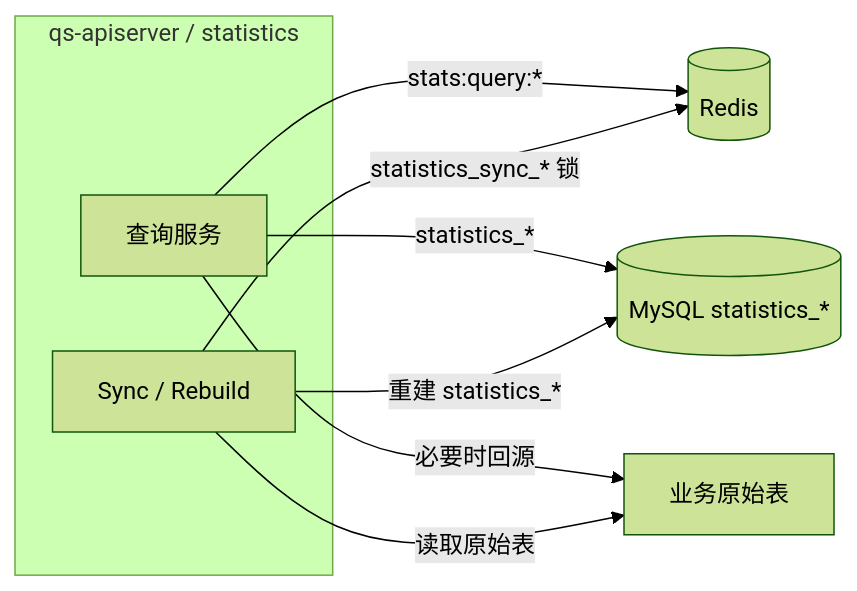
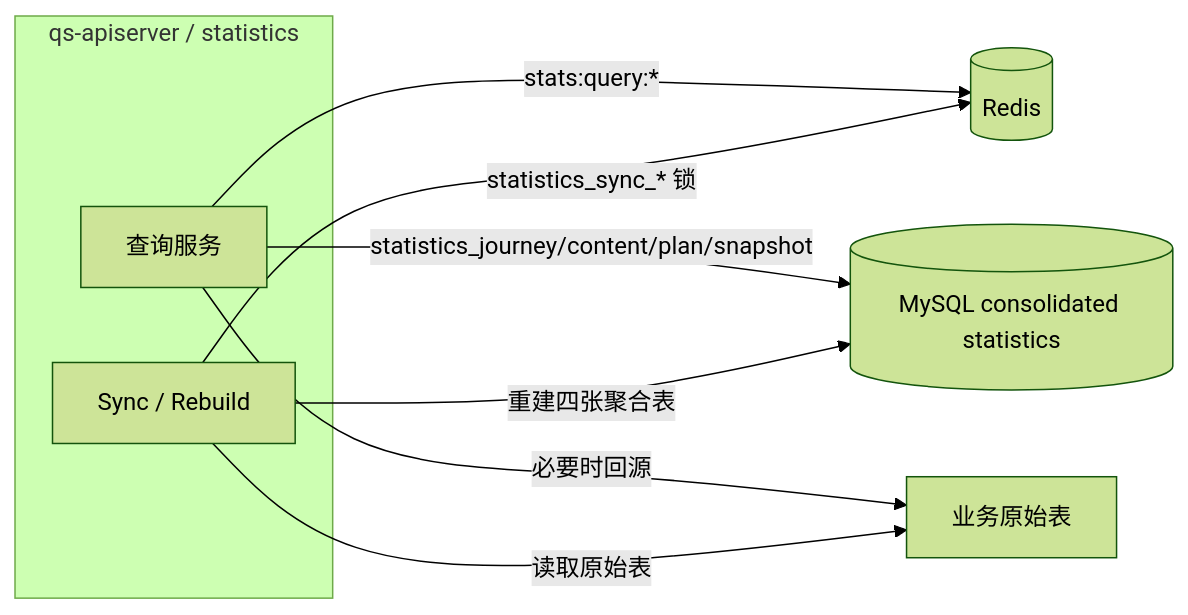
One commit to FangcunMount/qs-server changed the diagram in docs/02-业务模块/06-statistics.md. Above: the diagram before and after it, drawn with Mermaid (forest theme). The commit also changed other lines of this file and 28 other files, not shown here.

````diff
--- a/docs/02-业务模块/06-statistics.md
+++ b/docs/02-业务模块/06-statistics.md
@@ -64,18 +64,18 @@
 ```mermaid
 flowchart LR
     Redis[(Redis)]
-    MySQL[(MySQL statistics_*)]
+    MySQL[(MySQL consolidated statistics)]
     Raw["业务原始表"]
 
     subgraph API["qs-apiserver / statistics"]
         Query["查询服务"]
         Sync["Sync / Rebuild"]
     end
 
     Query -->|stats:query:*| Redis
-    Query -->|statistics_*| MySQL
+    Query -->|statistics_journey/content/plan/snapshot| MySQL
     Query -->|必要时回源| Raw
     Sync -->|读取原始表| Raw
-    Sync -->|重建 statistics_*| MySQL
+    Sync -->|重建四张聚合表| MySQL
     Sync -->|statistics_sync_* 锁| Redis
 ```
````
